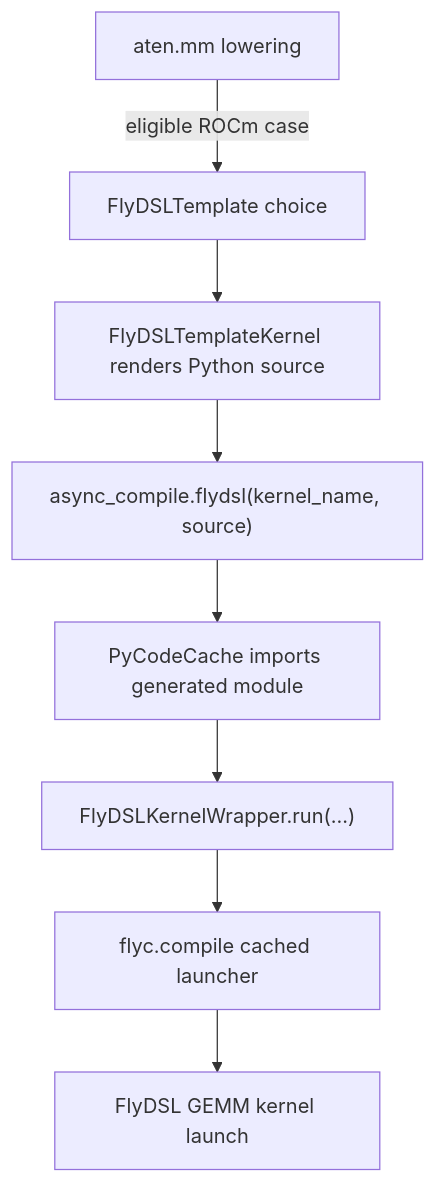
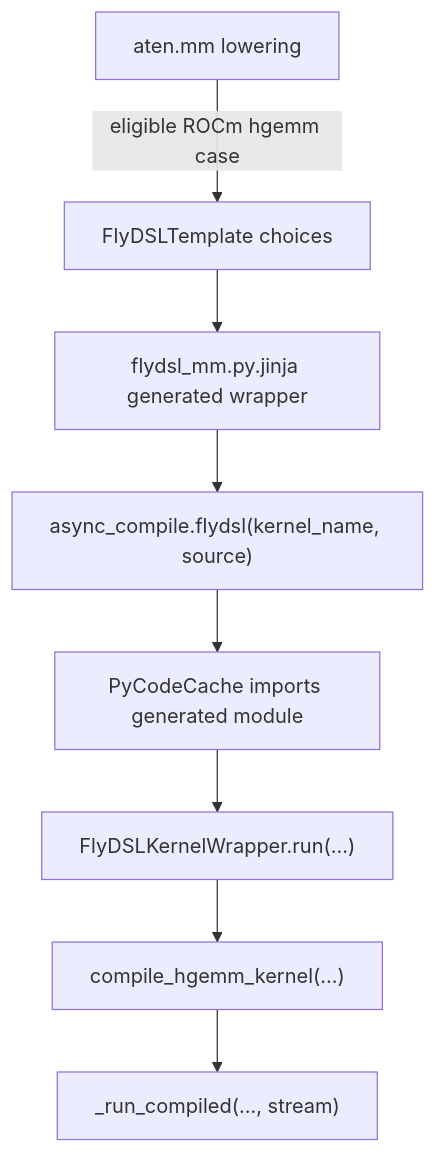
Before and after one commit to XiaobingSuper/FlyDSL: the fourth of 5 diagrams in docs/pytorch_integration_rfc.md, drawn with Mermaid. The commit also changed other lines of this file, not shown here.

First line of the commit message:
Update FlyDSL PyTorch integration RFC for hgemm

````diff
--- a/docs/pytorch_integration_rfc.md
+++ b/docs/pytorch_integration_rfc.md
@@ -485,10 +425,10 @@
 ```mermaid
 flowchart TB
-    A["aten.mm lowering"] -->|eligible ROCm case| B["FlyDSLTemplate choice"]
-    B --> C["FlyDSLTemplateKernel renders Python source"]
+    A["aten.mm lowering"] -->|eligible ROCm hgemm case| B["FlyDSLTemplate choices"]
+    B --> C["flydsl_mm.py.jinja generated wrapper"]
     C --> D["async_compile.flydsl(kernel_name, source)"]
     D --> E["PyCodeCache imports generated module"]
     E --> F["FlyDSLKernelWrapper.run(...)"]
-    F --> G["flyc.compile cached launcher"]
-    G --> H["FlyDSL GEMM kernel launch"]
+    F --> G["compile_hgemm_kernel(...)"]
+    G --> H["_run_compiled(..., stream)"]
 ```
````
